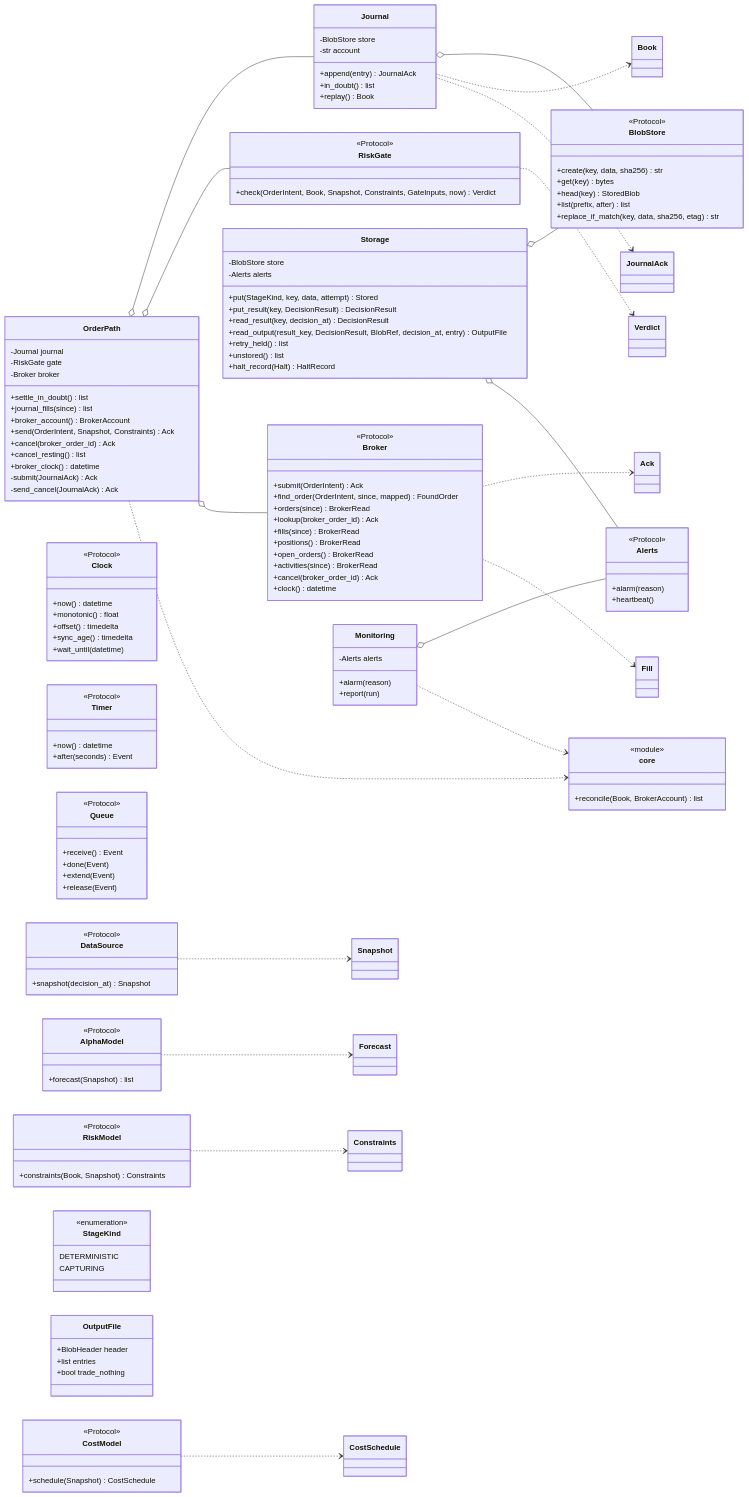
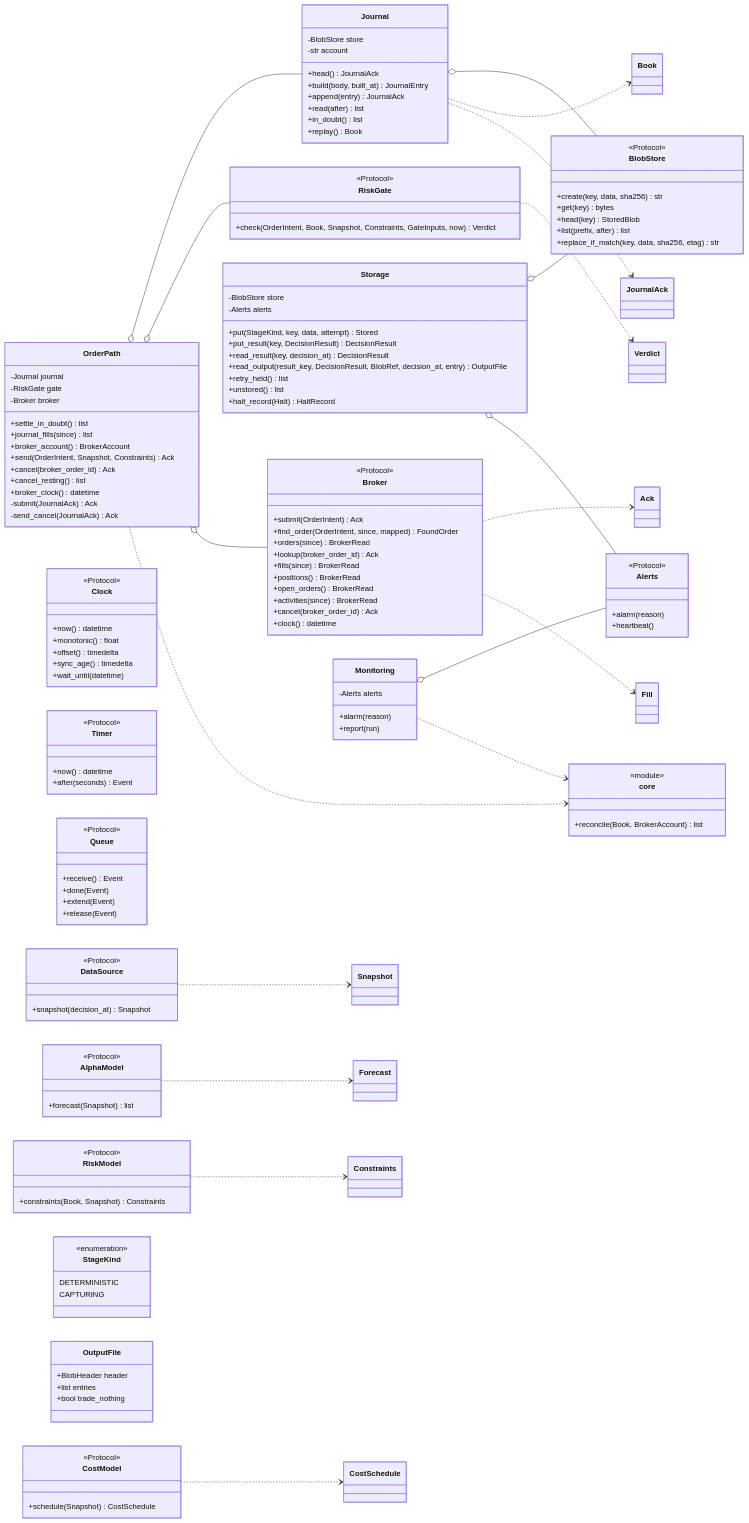
Before and after one commit to l3a0/ithildin-runtime: the fifth of 7 diagrams in docs/architecture/05-building-blocks.md, drawn with Mermaid. The commit also changed other lines of this file and 5 other files, not shown here.

Commit message:
feat(journal): check the chain through JournalEntry.hash, and state who builds a Journal

```diff
--- a/docs/architecture/05-building-blocks.md
+++ b/docs/architecture/05-building-blocks.md
@@ -631,7 +631,10 @@
     class Journal {
         -BlobStore store
         -str account
+        +head() JournalAck
+        +build(body, built_at) JournalEntry
         +append(entry) JournalAck
+        +read(after) list
         +in_doubt() list
         +replay() Book
     }
```
